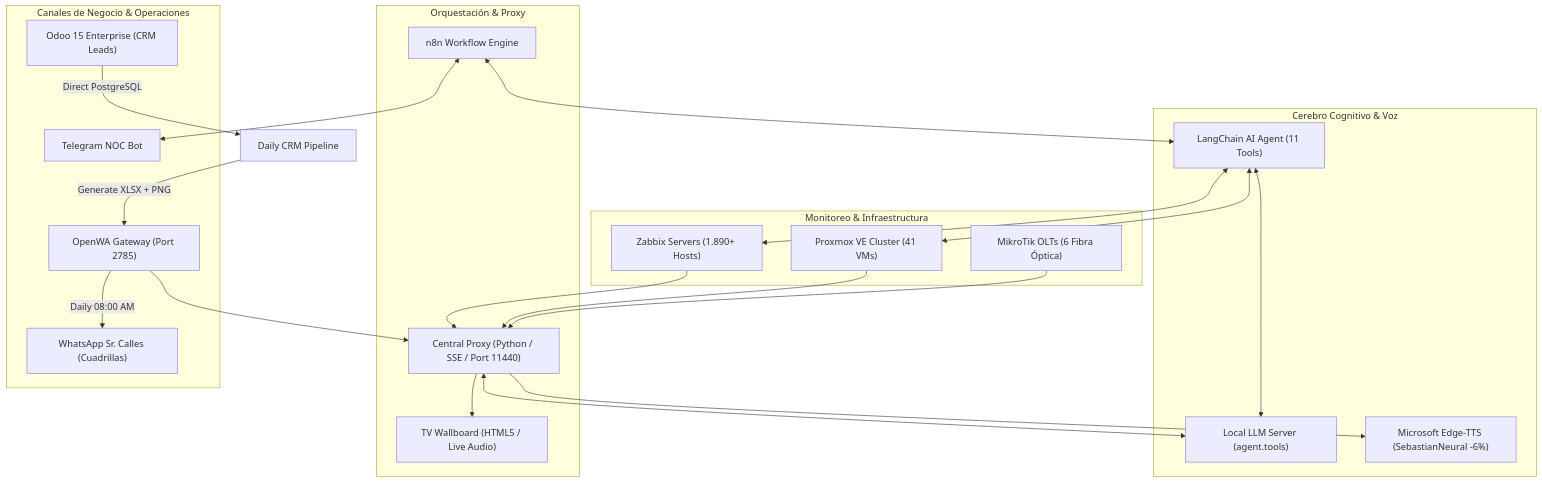
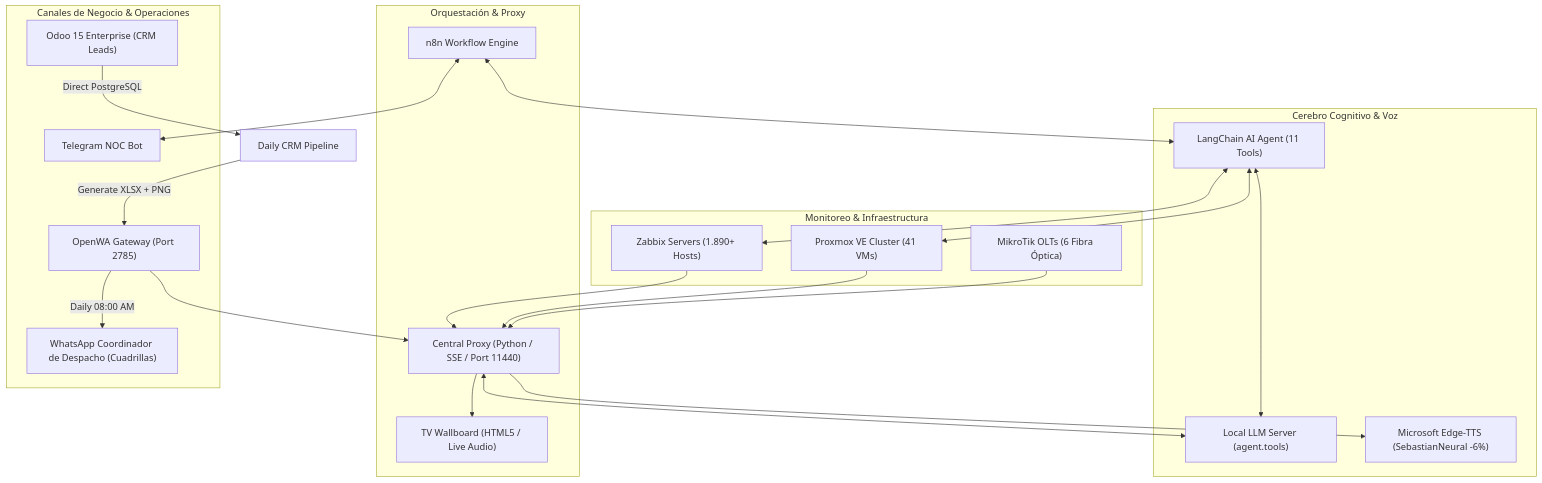
Before and after one commit to Cristiangabs/noc-automation-ai: the diagram in README.md, drawn with Mermaid. The commit also changed other lines of this file and 7 other files, not shown here.

````diff
--- a/README.md
+++ b/README.md
@@ -15,45 +15,45 @@
 ```mermaid
 flowchart TD
     subgraph Monitoreo & Infraestructura
         ZBX["Zabbix Servers (1.890+ Hosts)"]
         PMX["Proxmox VE Cluster (41 VMs)"]
         OLT["MikroTik OLTs (6 Fibra Óptica)"]
     end
 
     subgraph Cerebro Cognitivo & Voz
         LLM["Local LLM Server (agent.tools)"]
         TTS["Microsoft Edge-TTS (SebastianNeural -6%)"]
         AI_AGENT["LangChain AI Agent (11 Tools)"]
     end
 
     subgraph Orquestación & Proxy
         PROXY["Central Proxy (Python / SSE / Port 11440)"]
         N8N["n8n Workflow Engine"]
         WALLBOARD["TV Wallboard (HTML5 / Live Audio)"]
     end
 
     subgraph Canales de Negocio & Operaciones
         WA_GW["OpenWA Gateway (Port 2785)"]
         TG_BOT["Telegram NOC Bot"]
         ODOO["Odoo 15 Enterprise (CRM Leads)"]
-        SR_CALLES["WhatsApp Sr. Calles (Cuadrillas)"]
+        DISPATCH["WhatsApp Coordinador de Despacho (Cuadrillas)"]
     end
 
     ZBX --> PROXY
     PMX --> PROXY
     OLT --> PROXY
     PROXY --> WALLBOARD
     PROXY <--> LLM
     PROXY --> TTS
 
     WA_GW --> PROXY
     N8N <--> AI_AGENT
     AI_AGENT <--> LLM
     AI_AGENT <--> ZBX
     AI_AGENT <--> PMX
     N8N <--> TG_BOT
 
     ODOO -->|Direct PostgreSQL| CRM_SCRIPT["Daily CRM Pipeline"]
     CRM_SCRIPT -->|Generate XLSX + PNG| WA_GW
-    WA_GW -->|Daily 08:00 AM| SR_CALLES
+    WA_GW -->|Daily 08:00 AM| DISPATCH
 ```
````
